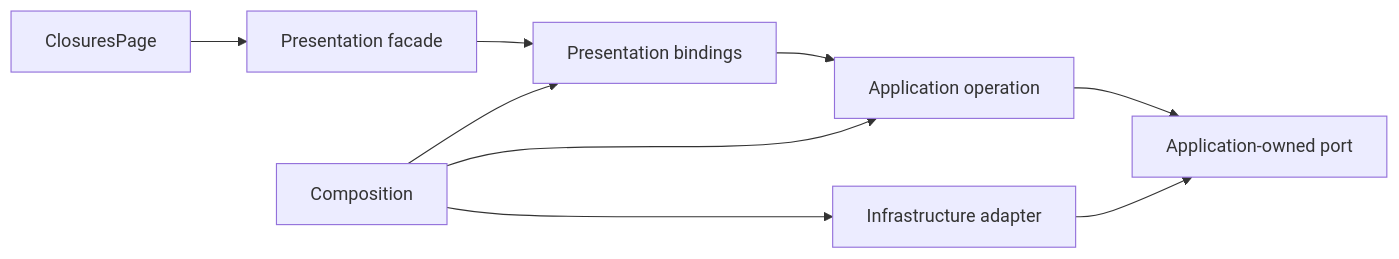
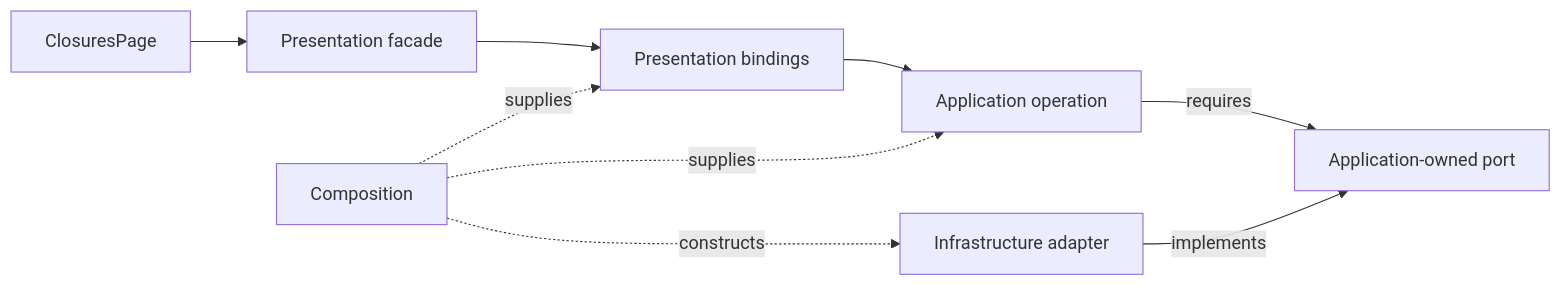
One commit to AndresTaoFlorez/software-architecture changed the second of 2 diagrams in frontend/reference-case-study.md. Above: the diagram before and after it, drawn with Mermaid. The commit also changed other lines of this file, not shown here.

Commit message:
docs: distinguish construction from source dependencies in reference case study

````diff
--- a/frontend/reference-case-study.md
+++ b/frontend/reference-case-study.md
@@ -128,9 +128,11 @@
 ```mermaid
 flowchart LR
-    PAGE["ClosuresPage"] --> VM["Presentation facade"] --> B["Presentation bindings"] --> UC["Application operation"]
-    UC --> PORT["Application-owned port"]
-    HTTP["Infrastructure adapter"] --> PORT
-    ROOT["Composition"] --> HTTP
-    ROOT --> UC
-    ROOT --> B
+    PAGE["ClosuresPage"] --> VM["Presentation facade"]
+    VM --> B["Presentation bindings"]
+    B --> UC["Application operation"]
+    UC -->|"requires"| PORT["Application-owned port"]
+    HTTP["Infrastructure adapter"] -->|"implements"| PORT
+    ROOT["Composition"] -. "constructs" .-> HTTP
+    ROOT -. "supplies" .-> UC
+    ROOT -. "supplies" .-> B
 ```
````
